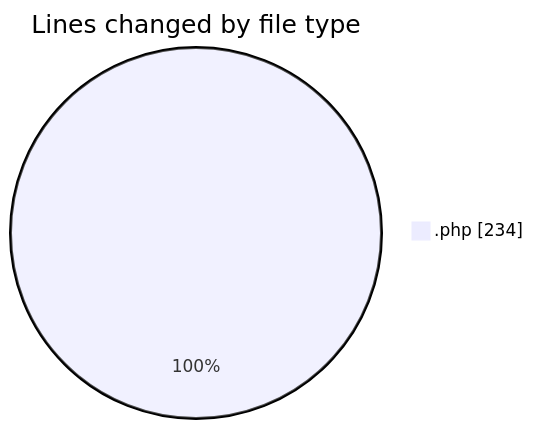
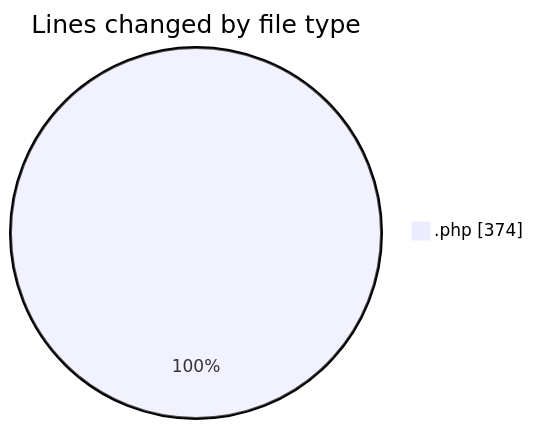
One commit to LanceThiago/code-tracking changed the first of 2 diagrams in 2026-09-10/web/README.md. Above: the diagram before and after it, drawn with Mermaid. The commit also changed other lines of this file and 1 other file, not shown here.

````diff
--- a/2026-09-10/web/README.md
+++ b/2026-09-10/web/README.md
@@ -20,5 +21,5 @@
 ```mermaid
 pie showData
 title Lines changed by file type
-".php" : 234
+".php" : 374
 ```
````
